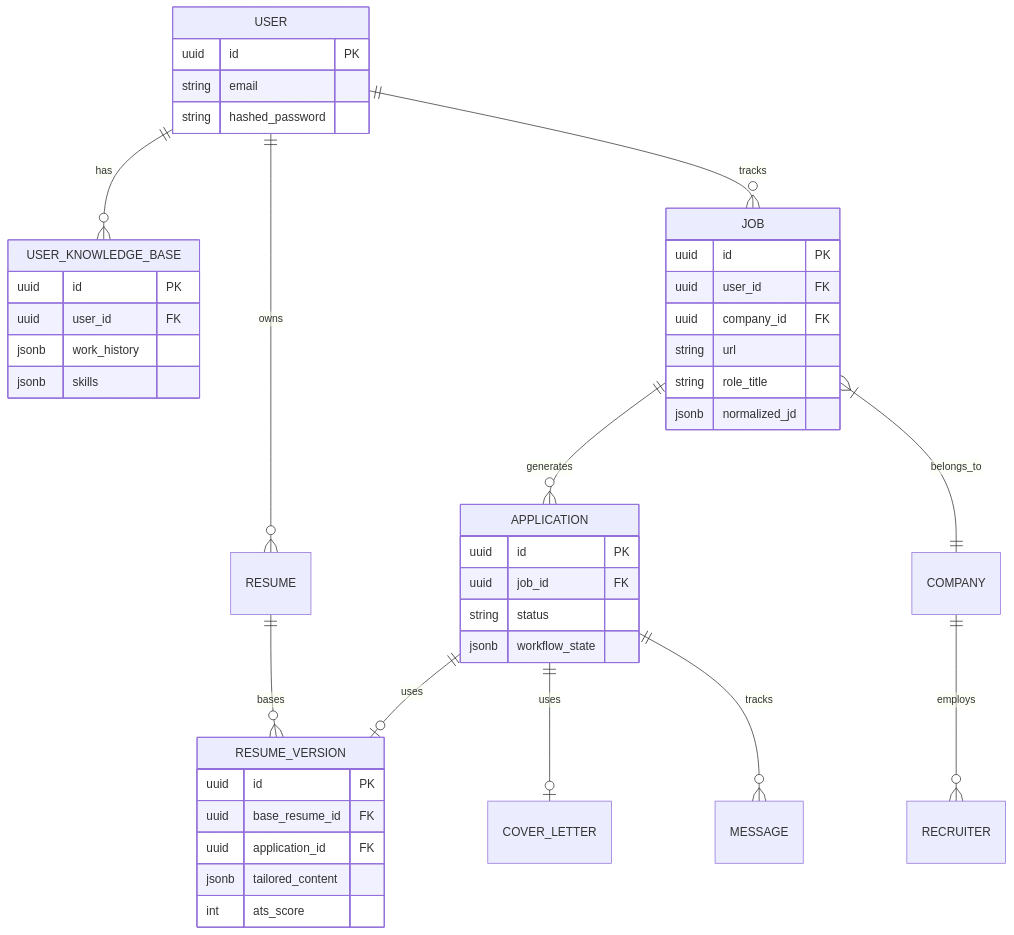
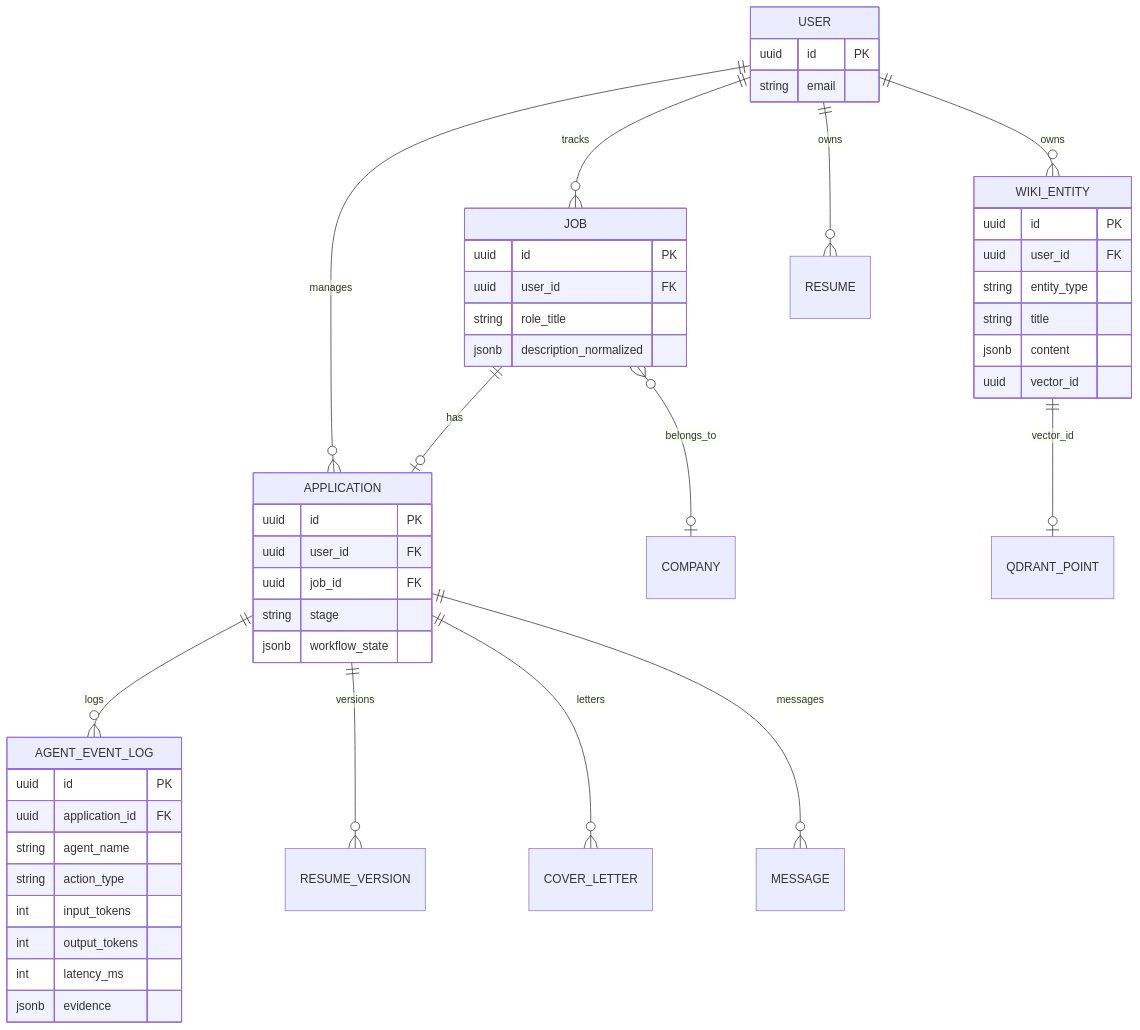
One commit to jaybhavsar555/ai-powered-job-application-assistance-app changed the first of 2 diagrams in docs/architecture_design.md. Above: the diagram before and after it, drawn with Mermaid. The commit also changed other lines of this file and 113 other files, not shown here.

````diff
--- a/docs/architecture_design.md
+++ b/docs/architecture_design.md
@@ -50,46 +56,50 @@
 ```mermaid
 erDiagram
-    USER ||--o{ USER_KNOWLEDGE_BASE : has
+    USER ||--o{ WIKI_ENTITY : owns
+    USER ||--o{ JOB : tracks
     USER ||--o{ RESUME : owns
-    USER ||--o{ JOB : tracks
-    JOB ||--o{ APPLICATION : generates
-    RESUME ||--o{ RESUME_VERSION : bases
-    APPLICATION ||--o| RESUME_VERSION : uses
-    APPLICATION ||--o| COVER_LETTER : uses
-    JOB }|--|| COMPANY : belongs_to
-    COMPANY ||--o{ RECRUITER : employs
-    APPLICATION ||--o{ MESSAGE : tracks
+    USER ||--o{ APPLICATION : manages
+    JOB ||--o| APPLICATION : has
+    JOB }o--o| COMPANY : belongs_to
+    APPLICATION ||--o{ AGENT_EVENT_LOG : logs
+    APPLICATION ||--o{ RESUME_VERSION : versions
+    APPLICATION ||--o{ COVER_LETTER : letters
+    APPLICATION ||--o{ MESSAGE : messages
+    WIKI_ENTITY ||--o| QDRANT_POINT : "vector_id"
 
     USER {
         uuid id PK
         string email
-        string hashed_password
     }
-    USER_KNOWLEDGE_BASE {
+    WIKI_ENTITY {
         uuid id PK
         uuid user_id FK
-        jsonb work_history
-        jsonb skills
+        string entity_type
+        string title
+        jsonb content
+        uuid vector_id
+    }
+    APPLICATION {
+        uuid id PK
+        uuid user_id FK
+        uuid job_id FK
+        string stage
+        jsonb workflow_state
+    }
+    AGENT_EVENT_LOG {
+        uuid id PK
+        uuid application_id FK
+        string agent_name
+        string action_type
+        int input_tokens
+        int output_tokens
+        int latency_ms
+        jsonb evidence
     }
     JOB {
         uuid id PK
         uuid user_id FK
-        uuid company_id FK
-        string url
         string role_title
-        jsonb normalized_jd
-    }
-    APPLICATION {
-        uuid id PK
-        uuid job_id FK
-        string status
-        jsonb workflow_state
-    }
-    RESUME_VERSION {
-        uuid id PK
-        uuid base_resume_id FK
-        uuid application_id FK
-        jsonb tailored_content
-        int ats_score
+        jsonb description_normalized
     }
 ```
````
